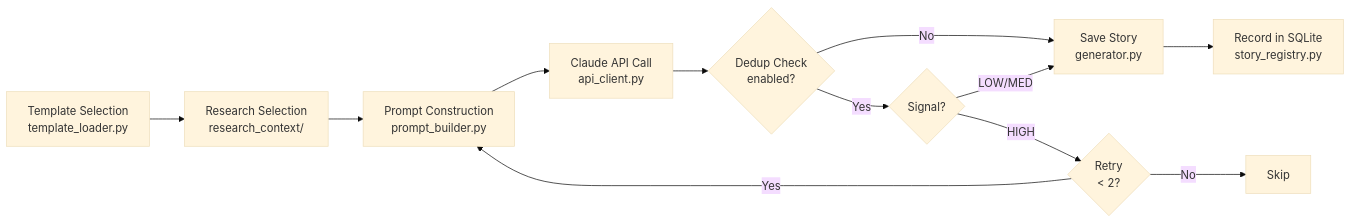
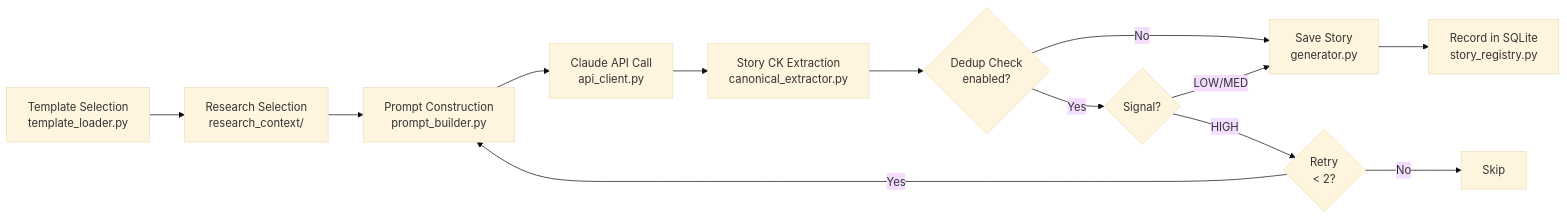
Before and after one commit to VinylStage/horror-story-generator: the second of 12 diagrams in docs/core/ARCHITECTURE.md, drawn with Mermaid (base theme). The commit also changed other lines of this file and 9 other files, not shown here.

First line of the commit message:
refactor: enforce canonical key constraints on story output (#20) (#67)

````diff
--- a/docs/core/ARCHITECTURE.md
+++ b/docs/core/ARCHITECTURE.md
@@ -77,14 +77,15 @@
 ```mermaid
 flowchart LR
     A["Template Selection<br/>template_loader.py"] --> B["Research Selection<br/>research_context/"]
     B --> C["Prompt Construction<br/>prompt_builder.py"]
     C --> D["Claude API Call<br/>api_client.py"]
-    D --> E{"Dedup Check<br/>enabled?"}
+    D --> CK["Story CK Extraction<br/>canonical_extractor.py"]
+    CK --> E{"Dedup Check<br/>enabled?"}
     E -->|No| G["Save Story<br/>generator.py"]
     E -->|Yes| F{"Signal?"}
     F -->|LOW/MED| G
     F -->|HIGH| H{"Retry<br/>< 2?"}
     H -->|Yes| C
     H -->|No| I["Skip"]
     G --> J["Record in SQLite<br/>story_registry.py"]
 ```
````
